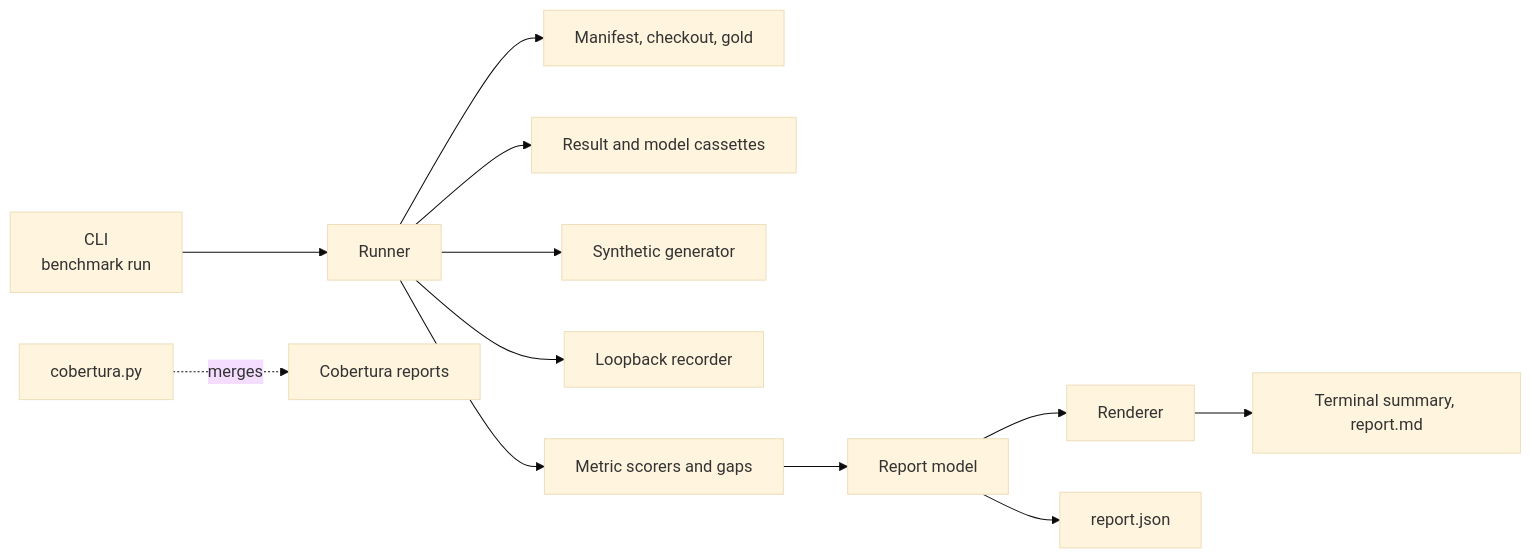
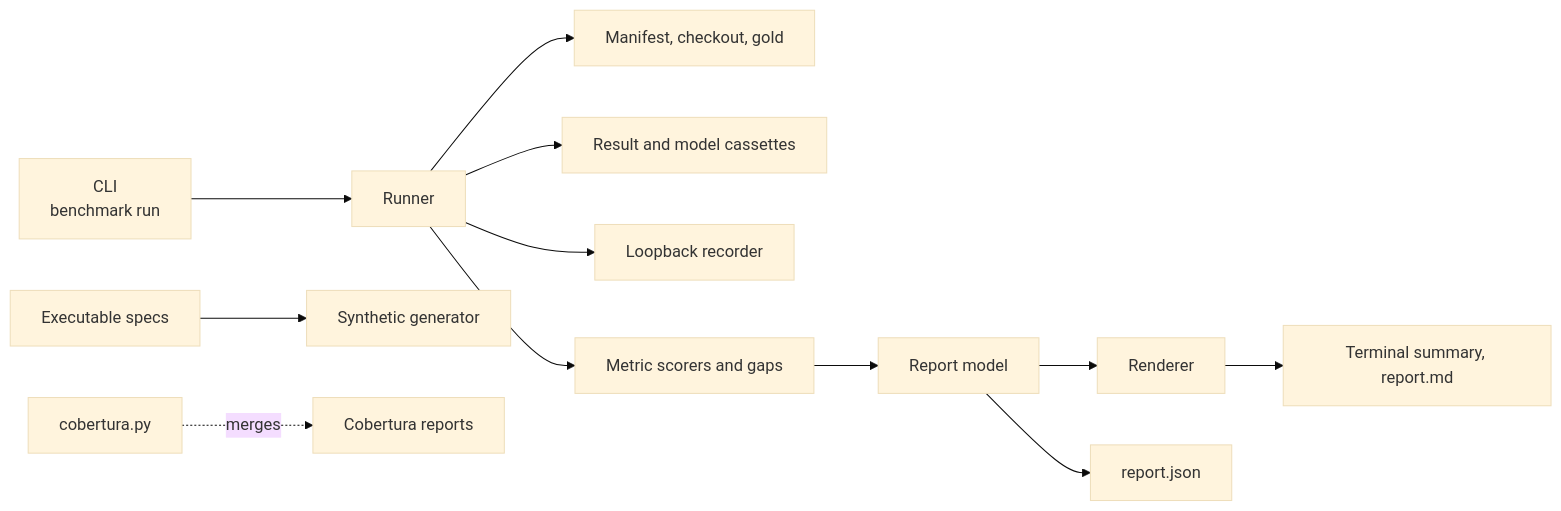
Before and after one commit to kressnerd/ortsinn: the diagram in docs/arc42/05-building-block-view.md, drawn with Mermaid (base theme). The commit also changed 6 other files, not shown here.

````diff
--- a/docs/arc42/05-building-block-view.md
+++ b/docs/arc42/05-building-block-view.md
@@ -10,14 +10,14 @@
 ```mermaid
 flowchart LR
     CLI[CLI<br/>benchmark run] --> RUN[Runner]
     RUN --> MAN[Manifest, checkout, gold]
     RUN --> CASS[Result and model cassettes]
-    RUN --> GEN[Synthetic generator]
+    T[Executable specs] --> GEN[Synthetic generator]
     RUN --> REC[Loopback recorder]
     RUN --> MET[Metric scorers and gaps]
     MET --> REP[Report model]
     REP --> REN[Renderer]
     REN --> OUT[Terminal summary, report.md]
     REP --> JSON[report.json]
     COV[cobertura.py] -.->|merges| COVR[Cobertura reports]
 ```
````
